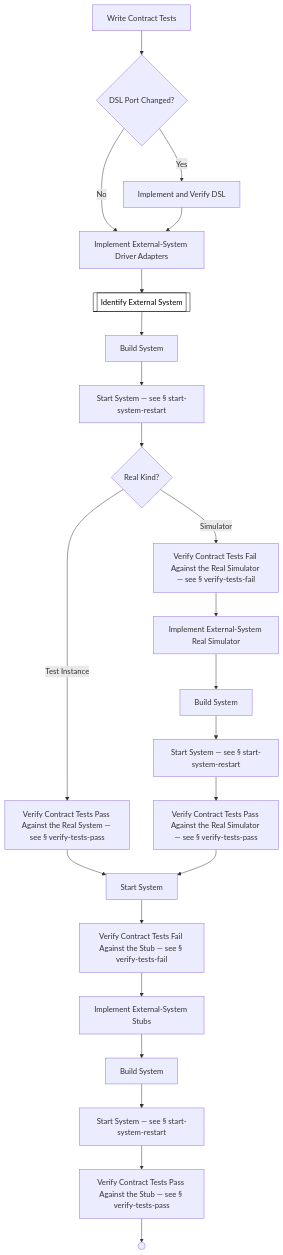
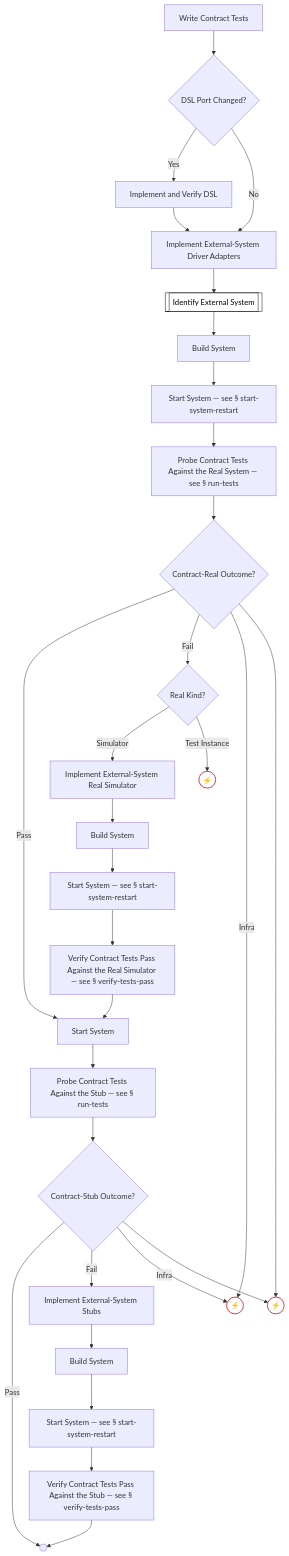
Before and after one commit to optivem/gh-optivem: diagram 19 of 51 in docs/process-diagram.md, drawn with Mermaid. The commit also changed 1 other file, not shown here.

Commit message:
atdd: regenerate process-flow diagram

````diff
--- a/docs/process-diagram.md
+++ b/docs/process-diagram.md
@@ -360,50 +360,64 @@
 ```mermaid
 flowchart TD
     BUILD_SYSTEM_AFTER_DRIVER[Build System]
     BUILD_SYSTEM_AFTER_SIMULATOR[Build System]
     BUILD_SYSTEM_AFTER_STUBS[Build System]
+    CONTRACT_REAL_UPSTREAM_GAP_HALT((⚡))
+    GATE_CONTRACT_REAL_OUTCOME{Contract-Real Outcome?}
+    GATE_CONTRACT_REAL_RED_KIND{Real Kind?}
+    GATE_CONTRACT_STUB_OUTCOME{Contract-Stub Outcome?}
     GATE_DSL_PORT_CHANGED{DSL Port Changed?}
-    GATE_REAL_KIND{Real Kind?}
     IDENTIFY_EXTERNAL_SYSTEM[[Identify External System]]
     IMPLEMENT_AND_VERIFY_DSL[Implement and Verify DSL]
     IMPLEMENT_EXTERNAL_SYSTEM_DRIVER_ADAPTERS[Implement External-System Driver Adapters]
     IMPLEMENT_EXTERNAL_SYSTEM_REAL_SIMULATOR[Implement External-System Real Simulator]
     IMPLEMENT_EXTERNAL_SYSTEM_STUBS[Implement External-System Stubs]
     IMPL_EXT_DRIVER_CT_END(( ))
+    PROBE_CONTRACT_REAL[Probe Contract Tests Against the Real System — see § run-tests]
+    PROBE_CONTRACT_STUB[Probe Contract Tests Against the Stub — see § run-tests]
     START_SYSTEM_AFTER_DRIVER[Start System — see § start-system-restart]
     START_SYSTEM_AFTER_SIMULATOR[Start System — see § start-system-restart]
     START_SYSTEM_AFTER_STUBS[Start System — see § start-system-restart]
-    START_SYSTEM_BEFORE_STUB_FAIL[Start System]
-    VERIFY_TESTS_FAIL_CONTRACT_REAL[Verify Contract Tests Fail Against the Real Simulator — see § verify-tests-fail]
-    VERIFY_TESTS_FAIL_CONTRACT_STUB[Verify Contract Tests Fail Against the Stub — see § verify-tests-fail]
-    VERIFY_TESTS_PASS_CONTRACT_REAL[Verify Contract Tests Pass Against the Real System — see § verify-tests-pass]
+    START_SYSTEM_BEFORE_STUB_PROBE[Start System]
+    TESTS_INFRA_HALT((⚡))
+    UNKNOWN_TESTS_OUTCOME((⚡))
     VERIFY_TESTS_PASS_CONTRACT_REAL_AFTER_SIMULATOR[Verify Contract Tests Pass Against the Real Simulator — see § verify-tests-pass]
     VERIFY_TESTS_PASS_CONTRACT_STUB[Verify Contract Tests Pass Against the Stub — see § verify-tests-pass]
     WRITE_CONTRACT_TESTS[Write Contract Tests]
 
     WRITE_CONTRACT_TESTS --> GATE_DSL_PORT_CHANGED
     GATE_DSL_PORT_CHANGED -- Yes --> IMPLEMENT_AND_VERIFY_DSL
     GATE_DSL_PORT_CHANGED -- No --> IMPLEMENT_EXTERNAL_SYSTEM_DRIVER_ADAPTERS
     IMPLEMENT_AND_VERIFY_DSL --> IMPLEMENT_EXTERNAL_SYSTEM_DRIVER_ADAPTERS
     IMPLEMENT_EXTERNAL_SYSTEM_DRIVER_ADAPTERS --> IDENTIFY_EXTERNAL_SYSTEM
     IDENTIFY_EXTERNAL_SYSTEM --> BUILD_SYSTEM_AFTER_DRIVER
     BUILD_SYSTEM_AFTER_DRIVER --> START_SYSTEM_AFTER_DRIVER
-    START_SYSTEM_AFTER_DRIVER --> GATE_REAL_KIND
-    GATE_REAL_KIND -- Test Instance --> VERIFY_TESTS_PASS_CONTRACT_REAL
-    VERIFY_TESTS_PASS_CONTRACT_REAL --> START_SYSTEM_BEFORE_STUB_FAIL
-    GATE_REAL_KIND -- Simulator --> VERIFY_TESTS_FAIL_CONTRACT_REAL
-    VERIFY_TESTS_FAIL_CONTRACT_REAL --> IMPLEMENT_EXTERNAL_SYSTEM_REAL_SIMULATOR
+    START_SYSTEM_AFTER_DRIVER --> PROBE_CONTRACT_REAL
+    PROBE_CONTRACT_REAL --> GATE_CONTRACT_REAL_OUTCOME
+    GATE_CONTRACT_REAL_OUTCOME -- Pass --> START_SYSTEM_BEFORE_STUB_PROBE
+    GATE_CONTRACT_REAL_OUTCOME -- Fail --> GATE_CONTRACT_REAL_RED_KIND
+    GATE_CONTRACT_REAL_OUTCOME -- Infra --> TESTS_INFRA_HALT
+    GATE_CONTRACT_REAL_OUTCOME --> UNKNOWN_TESTS_OUTCOME
+    GATE_CONTRACT_REAL_RED_KIND -- Simulator --> IMPLEMENT_EXTERNAL_SYSTEM_REAL_SIMULATOR
+    GATE_CONTRACT_REAL_RED_KIND -- Test Instance --> CONTRACT_REAL_UPSTREAM_GAP_HALT
     IMPLEMENT_EXTERNAL_SYSTEM_REAL_SIMULATOR --> BUILD_SYSTEM_AFTER_SIMULATOR
     BUILD_SYSTEM_AFTER_SIMULATOR --> START_SYSTEM_AFTER_SIMULATOR
     START_SYSTEM_AFTER_SIMULATOR --> VERIFY_TESTS_PASS_CONTRACT_REAL_AFTER_SIMULATOR
-    VERIFY_TESTS_PASS_CONTRACT_REAL_AFTER_SIMULATOR --> START_SYSTEM_BEFORE_STUB_FAIL
-    START_SYSTEM_BEFORE_STUB_FAIL --> VERIFY_TESTS_FAIL_CONTRACT_STUB
-    VERIFY_TESTS_FAIL_CONTRACT_STUB --> IMPLEMENT_EXTERNAL_SYSTEM_STUBS
+    VERIFY_TESTS_PASS_CONTRACT_REAL_AFTER_SIMULATOR --> START_SYSTEM_BEFORE_STUB_PROBE
+    START_SYSTEM_BEFORE_STUB_PROBE --> PROBE_CONTRACT_STUB
+    PROBE_CONTRACT_STUB --> GATE_CONTRACT_STUB_OUTCOME
+    GATE_CONTRACT_STUB_OUTCOME -- Pass --> IMPL_EXT_DRIVER_CT_END
+    GATE_CONTRACT_STUB_OUTCOME -- Fail --> IMPLEMENT_EXTERNAL_SYSTEM_STUBS
+    GATE_CONTRACT_STUB_OUTCOME -- Infra --> TESTS_INFRA_HALT
+    GATE_CONTRACT_STUB_OUTCOME --> UNKNOWN_TESTS_OUTCOME
     IMPLEMENT_EXTERNAL_SYSTEM_STUBS --> BUILD_SYSTEM_AFTER_STUBS
     BUILD_SYSTEM_AFTER_STUBS --> START_SYSTEM_AFTER_STUBS
     START_SYSTEM_AFTER_STUBS --> VERIFY_TESTS_PASS_CONTRACT_STUB
     VERIFY_TESTS_PASS_CONTRACT_STUB --> IMPL_EXT_DRIVER_CT_END
 
     classDef serviceNode fill:#ffffff,stroke:#000000,stroke-width:1px,color:#000000
     class IDENTIFY_EXTERNAL_SYSTEM serviceNode
+
+    classDef errorEndNode fill:#ffffff,stroke:#dc3545,stroke-width:2px,color:#000000
+    class CONTRACT_REAL_UPSTREAM_GAP_HALT,TESTS_INFRA_HALT,UNKNOWN_TESTS_OUTCOME errorEndNode
 ```
````
